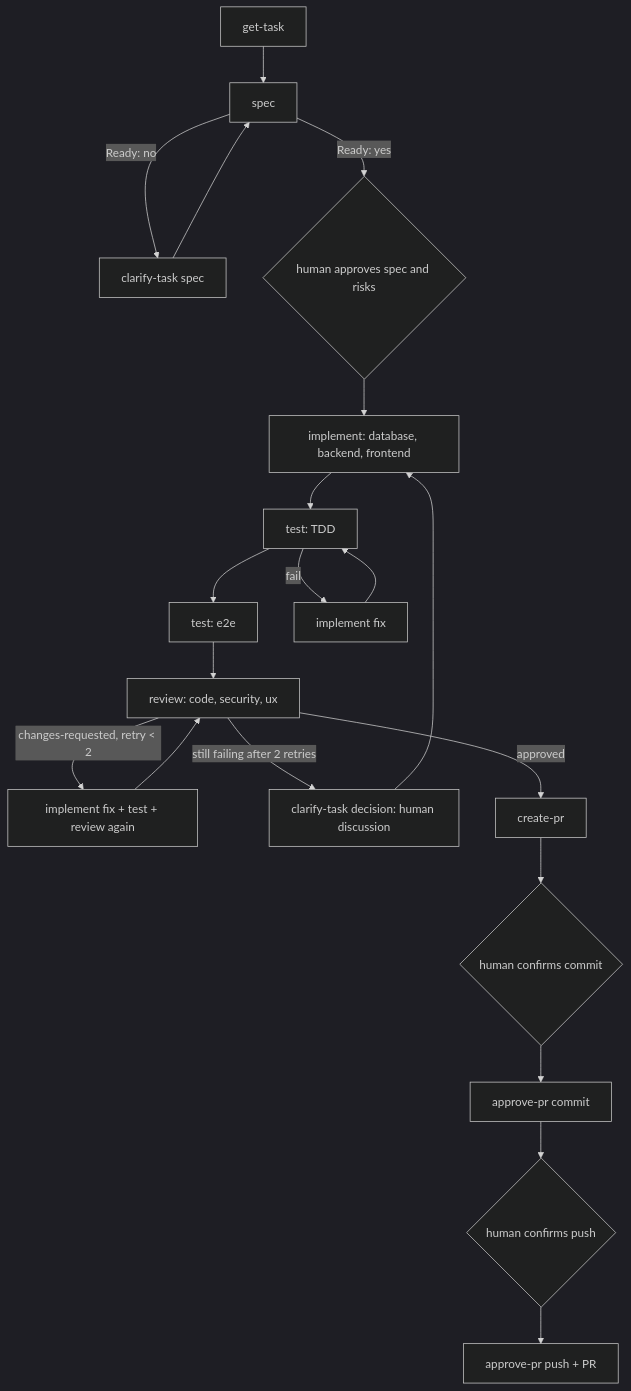
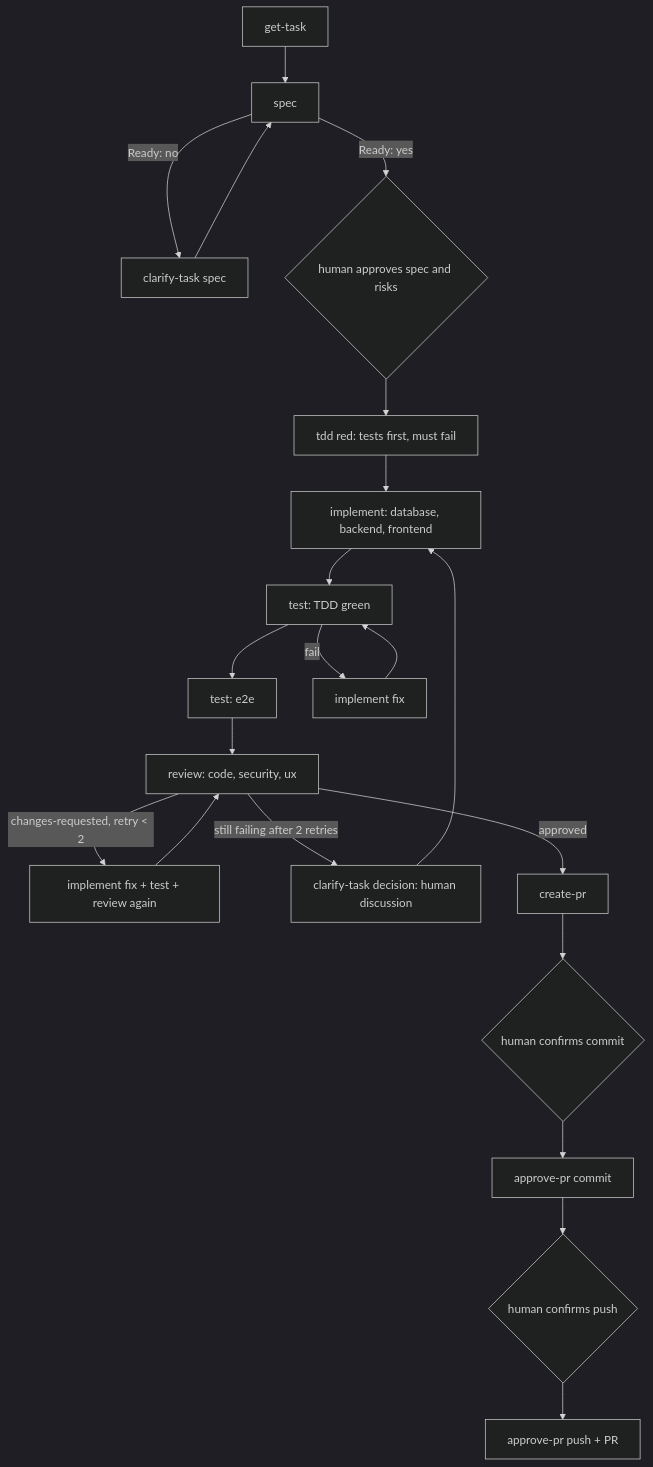
One commit to NorbertVincze04/full-stack-ai-agents changed the diagram in docs/workflow.md. Above: the diagram before and after it, drawn with Mermaid (dark theme). The commit also changed other lines of this file and 22 other files, not shown here.

````diff
--- a/docs/workflow.md
+++ b/docs/workflow.md
@@ -27,15 +27,15 @@
 ```mermaid
 flowchart TD
   T[get-task] --> S[spec]
   S -->|Ready: no| C[clarify-task spec] --> S
   S -->|Ready: yes| A{human approves spec and risks}
-  A --> I[implement: database, backend, frontend]
-  I --> TD[test: TDD] --> E[test: e2e]
+  A --> RD[tdd red: tests first, must fail] --> I[implement: database, backend, frontend]
+  I --> TD[test: TDD green] --> E[test: e2e]
   TD -->|fail| F[implement fix] --> TD
   E --> R[review: code, security, ux]
   R -->|changes-requested, retry < 2| F2[implement fix + test + review again] --> R
   R -->|still failing after 2 retries| H[clarify-task decision: human discussion]
   H --> I
   R -->|approved| P[create-pr]
   P --> G{human confirms commit} --> AP[approve-pr commit] --> G2{human confirms push} --> AP2[approve-pr push + PR]
 ```
````
